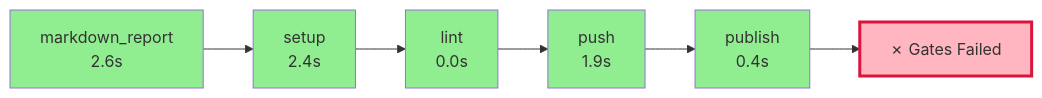
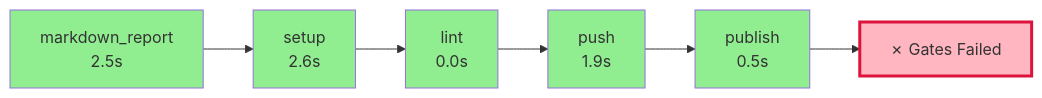
The diagram in .pyqual/report.md (wronai/fixos), drawn with Mermaid before and after one commit. The commit also changed other lines of this file and 2 other files, not shown here.

````diff
--- a/.pyqual/report.md
+++ b/.pyqual/report.md
@@ -10,20 +10,20 @@
 ```mermaid
 flowchart LR
-    S0["markdown_report<br/>2.6s"]
+    S0["markdown_report<br/>2.5s"]
     style S0 fill:#90EE90
-    S1["setup<br/>2.4s"]
+    S1["setup<br/>2.6s"]
     style S1 fill:#90EE90
     S0 --> S1
     S2["lint<br/>0.0s"]
     style S2 fill:#90EE90
     S1 --> S2
     S3["push<br/>1.9s"]
     style S3 fill:#90EE90
     S2 --> S3
-    S4["publish<br/>0.4s"]
+    S4["publish<br/>0.5s"]
     style S4 fill:#90EE90
     S3 --> S4
     G["✗ Gates Failed"]
     style G fill:#FFB6C1,stroke:#DC143C,stroke-width:3px
     S4 --> G
 ```
````
